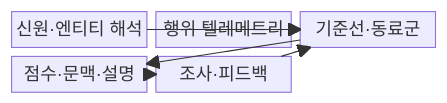
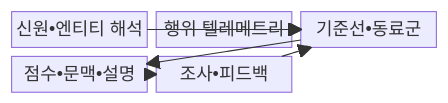
One commit to agnusdei1207/knowledge-base changed the first of 2 diagrams in src/content/docs/notes/05-security/038_ueba.md. Above: the diagram before and after it, drawn with Mermaid. The commit also changed other lines of this file and 953 other files, not shown here.

````diff
--- a/src/content/docs/notes/05-security/038_ueba.md
+++ b/src/content/docs/notes/05-security/038_ueba.md
@@ -67,14 +67,14 @@
 ```mermaid
 block
   columns 3
-  A["신원·엔티티 해석"]
+  A["신원•엔티티 해석"]
   B["행위 텔레메트리"]
-  C["기준선·동료군"]
-  D["점수·문맥·설명"]
-  E["조사·피드백"]
+  C["기준선•동료군"]
+  D["점수•문맥•설명"]
+  E["조사•피드백"]
   A --> C
   B --> C
   C --> D
   D --> E
   E --> C
 ```
````
